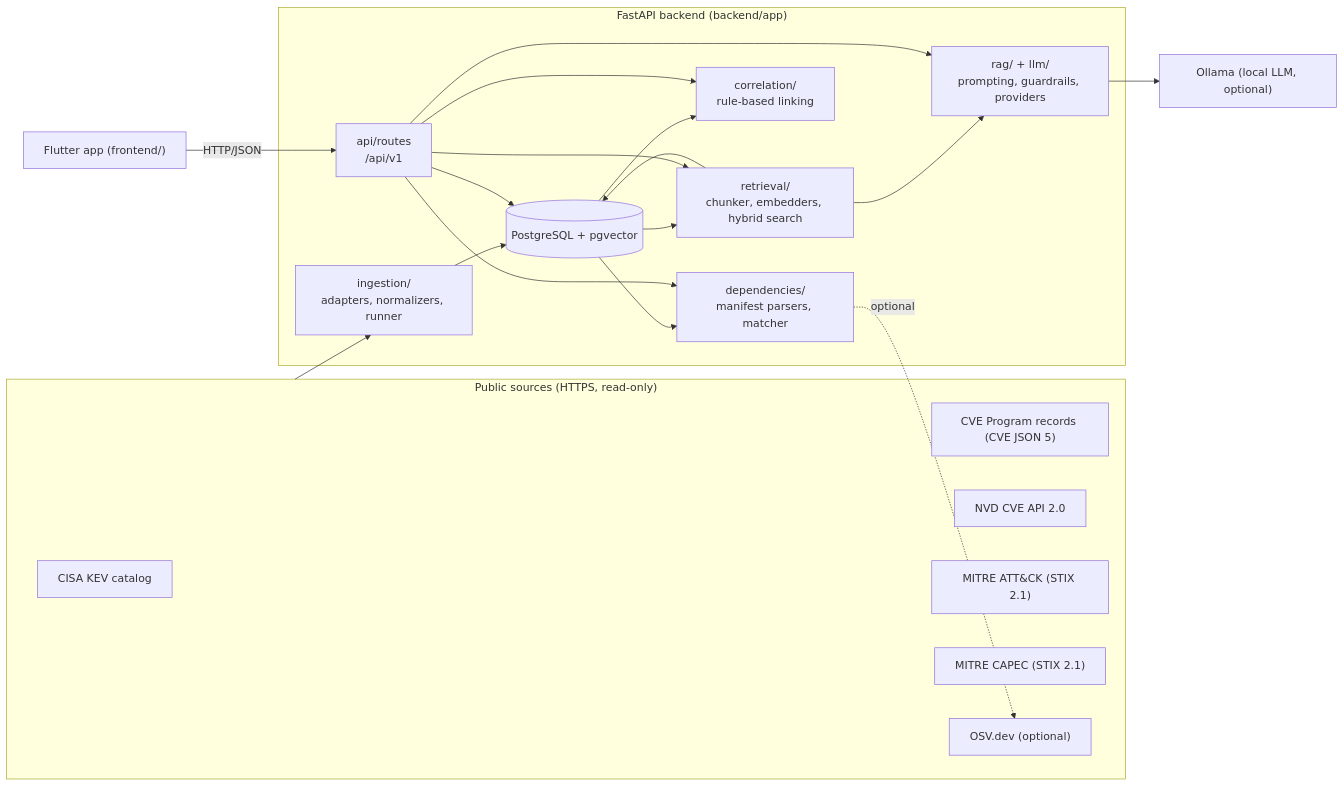
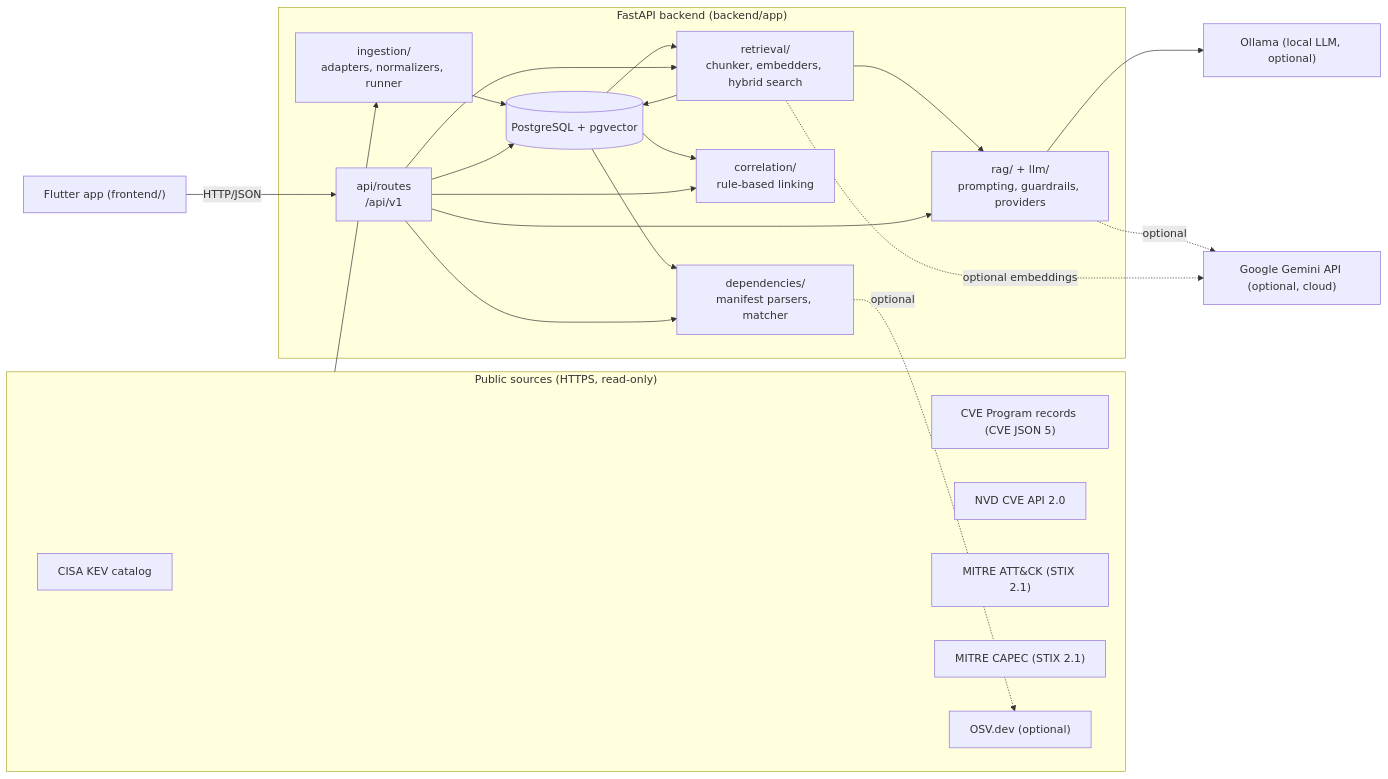
The first of 5 diagrams in docs/architecture.md (Abhichahar123/major-project), drawn with Mermaid before and after one commit. The commit also changed other lines of this file and 16 other files, not shown here.

First line of the commit message:
docs: document the optional Gemini provider and add a real-model eval mode

````diff
--- a/docs/architecture.md
+++ b/docs/architecture.md
@@ -12,33 +13,36 @@
 ```mermaid
 flowchart LR
     subgraph Sources["Public sources (HTTPS, read-only)"]
         KEV["CISA KEV catalog"]
         CVE5["CVE Program records (CVE JSON 5)"]
         NVD["NVD CVE API 2.0"]
         ATT["MITRE ATT&CK (STIX 2.1)"]
         CAPEC["MITRE CAPEC (STIX 2.1)"]
         OSV["OSV.dev (optional)"]
     end
 
     subgraph Backend["FastAPI backend (backend/app)"]
         ING["ingestion/<br/>adapters, normalizers, runner"]
         DB[("PostgreSQL + pgvector")]
         RET["retrieval/<br/>chunker, embedders, hybrid search"]
         RAG["rag/ + llm/<br/>prompting, guardrails, providers"]
         COR["correlation/<br/>rule-based linking"]
         DEP["dependencies/<br/>manifest parsers, matcher"]
         API["api/routes<br/>/api/v1"]
     end
 
     OLL["Ollama (local LLM, optional)"]
+    GEM["Google Gemini API (optional, cloud)"]
     UI["Flutter app (frontend/)"]
 
     Sources --> ING --> DB
     DB --> RET --> DB
     RET --> RAG --> OLL
+    RAG -. optional .-> GEM
+    RET -. optional embeddings .-> GEM
     DB --> COR
     DB --> DEP
     DEP -. optional .-> OSV
     API --> RET & RAG & COR & DEP & DB
     UI -->|HTTP/JSON| API
 ```
````
